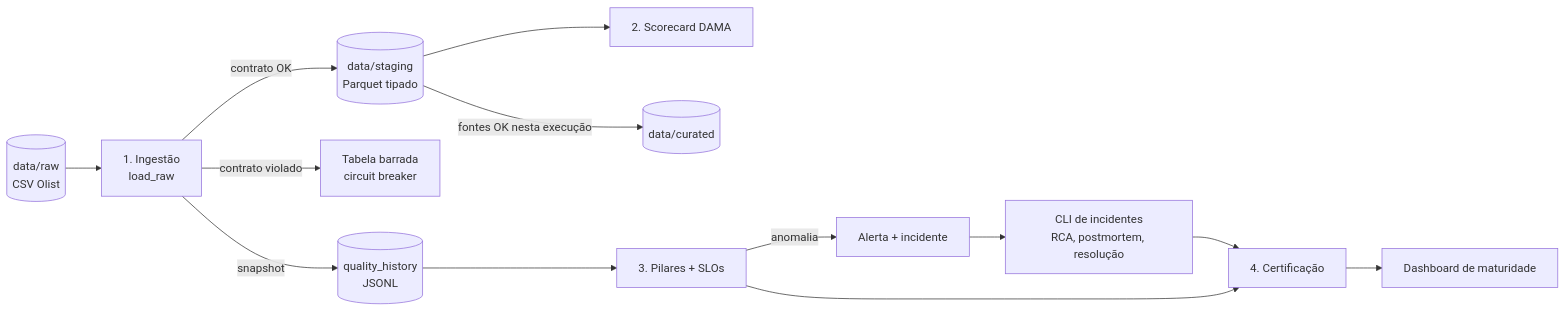
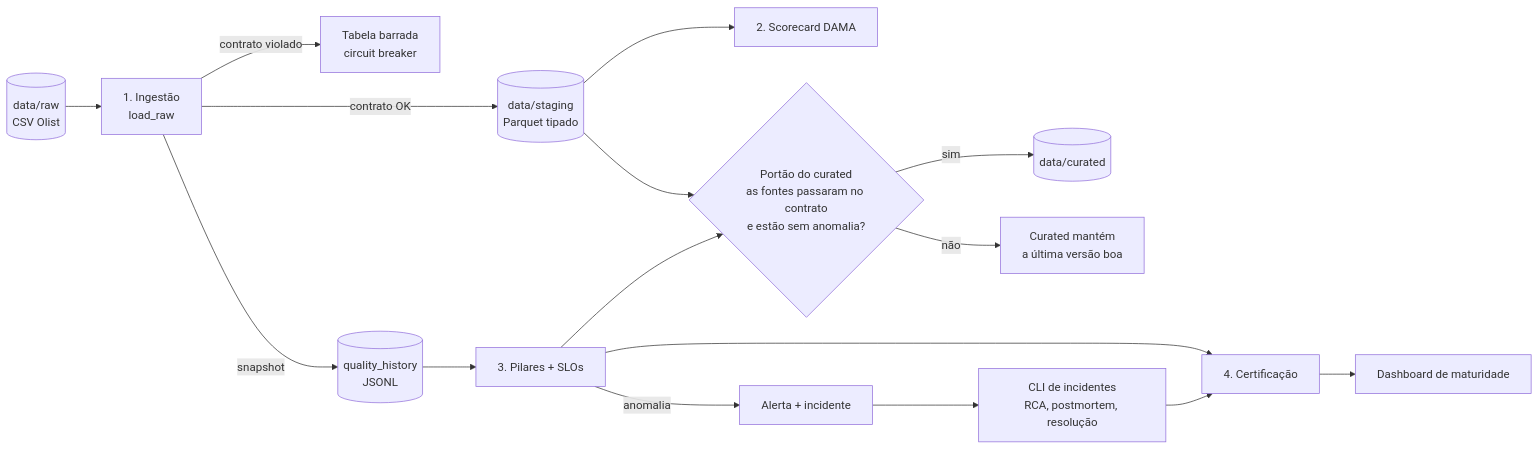
Before and after one commit to amadeuchacar/data-quality-ecommerce: the diagram in docs/pt-BR/01-visao-geral.md, drawn with Mermaid. The commit also changed other lines of this file and 12 other files, not shown here.

Commit message:
docs: document the curated gate on pillar anomalies

````diff
--- a/docs/pt-BR/01-visao-geral.md
+++ b/docs/pt-BR/01-visao-geral.md
@@ -31,15 +31,18 @@
 ```mermaid
 flowchart LR
     RAW[(data/raw<br/>CSV Olist)] --> ING[1. Ingestão<br/>load_raw]
     ING -->|contrato OK| STG[(data/staging<br/>Parquet tipado)]
     ING -->|contrato violado| BLOCK[Tabela barrada<br/>circuit breaker]
     ING -->|snapshot| HIST[(quality_history<br/>JSONL)]
     STG --> DAMA[2. Scorecard DAMA]
     HIST --> CHK[3. Pilares + SLOs]
     CHK -->|anomalia| ALERT[Alerta + incidente]
     CHK --> CERT[4. Certificação]
-    STG -->|fontes OK nesta execução| CUR[(data/curated)]
+    STG --> GATE{Portão do curated<br/>as fontes passaram no contrato<br/>e estão sem anomalia?}
+    CHK --> GATE
+    GATE -->|sim| CUR[(data/curated)]
+    GATE -->|não| KEEP[Curated mantém<br/>a última versão boa]
     CERT --> DASH[Dashboard de maturidade]
     ALERT --> CLI[CLI de incidentes<br/>RCA, postmortem, resolução]
     CLI --> CERT
 ```
````
